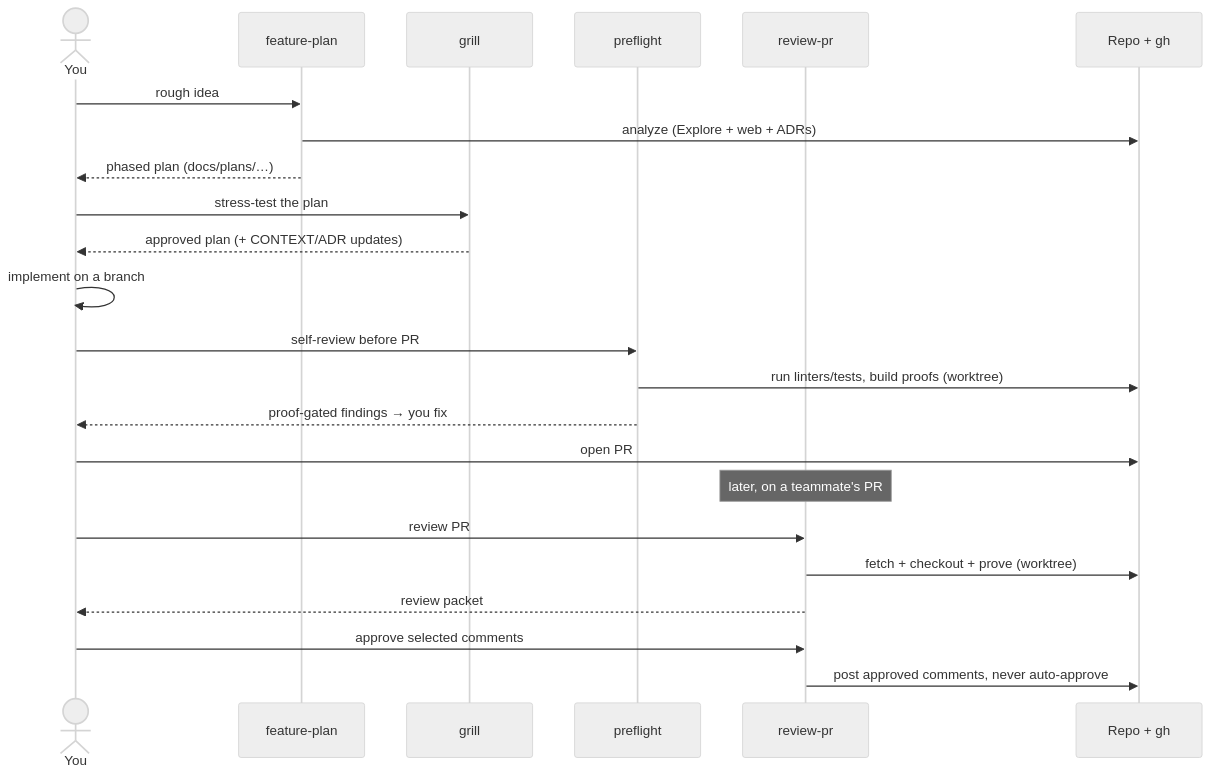
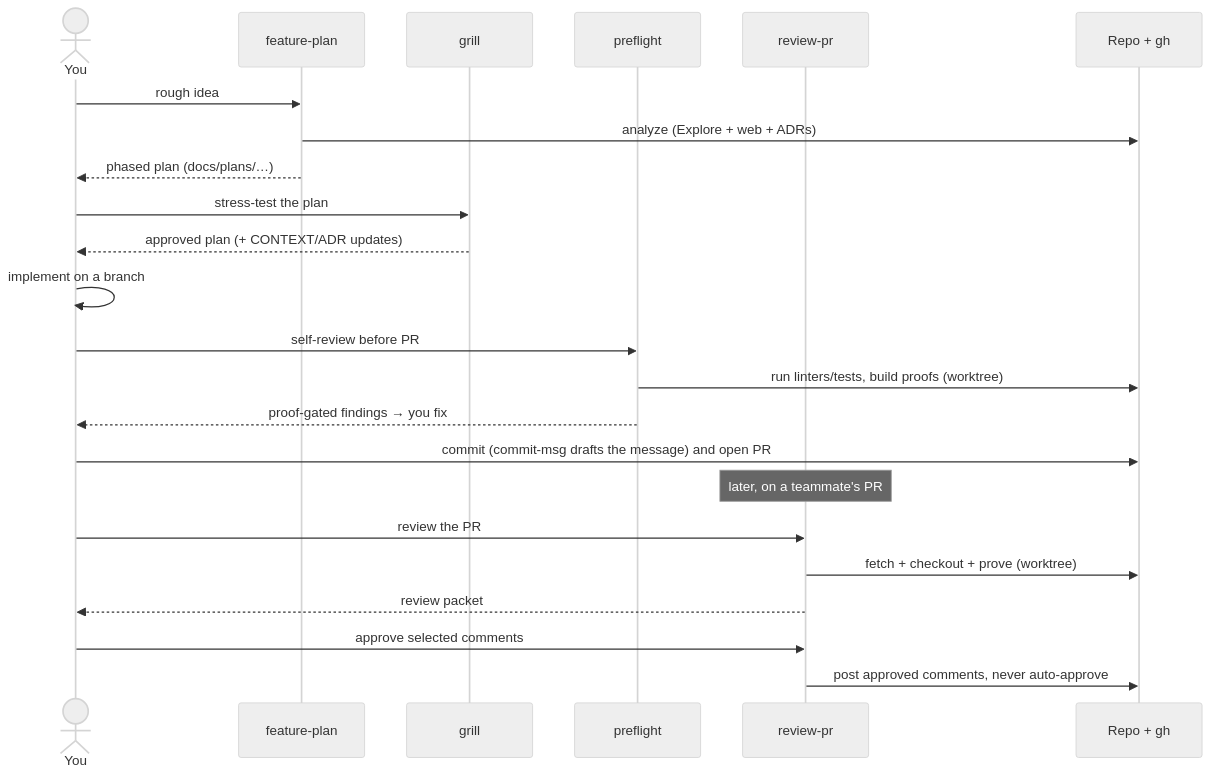
Before and after one commit to powerslider/nitpickle: the third of 5 diagrams in README.md, drawn with Mermaid (neutral theme). The commit also changed other lines of this file and 9 other files, not shown here.

````diff
--- a/README.md
+++ b/README.md
@@ -248,26 +265,26 @@
 ```mermaid
 sequenceDiagram
     actor You
     participant FP as feature-plan
     participant GR as grill
     participant PF as preflight
     participant RV as review-pr
     participant Repo as Repo + gh
 
     You->>FP: rough idea
     FP->>Repo: analyze (Explore + web + ADRs)
     FP-->>You: phased plan (docs/plans/…)
     You->>GR: stress-test the plan
     GR-->>You: approved plan (+ CONTEXT/ADR updates)
     You->>You: implement on a branch
     You->>PF: self-review before PR
     PF->>Repo: run linters/tests, build proofs (worktree)
     PF-->>You: proof-gated findings → you fix
-    You->>Repo: open PR
+    You->>Repo: commit (commit-msg drafts the message) and open PR
     Note over RV: later, on a teammate's PR
-    You->>RV: review PR #N
+    You->>RV: review the PR
     RV->>Repo: fetch + checkout + prove (worktree)
     RV-->>You: review packet
     You->>RV: approve selected comments
     RV->>Repo: post approved comments, never auto-approve
 ```
````
